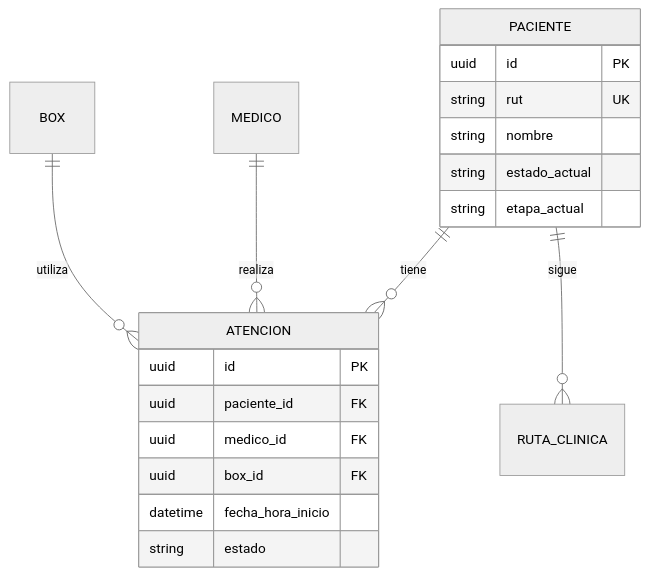
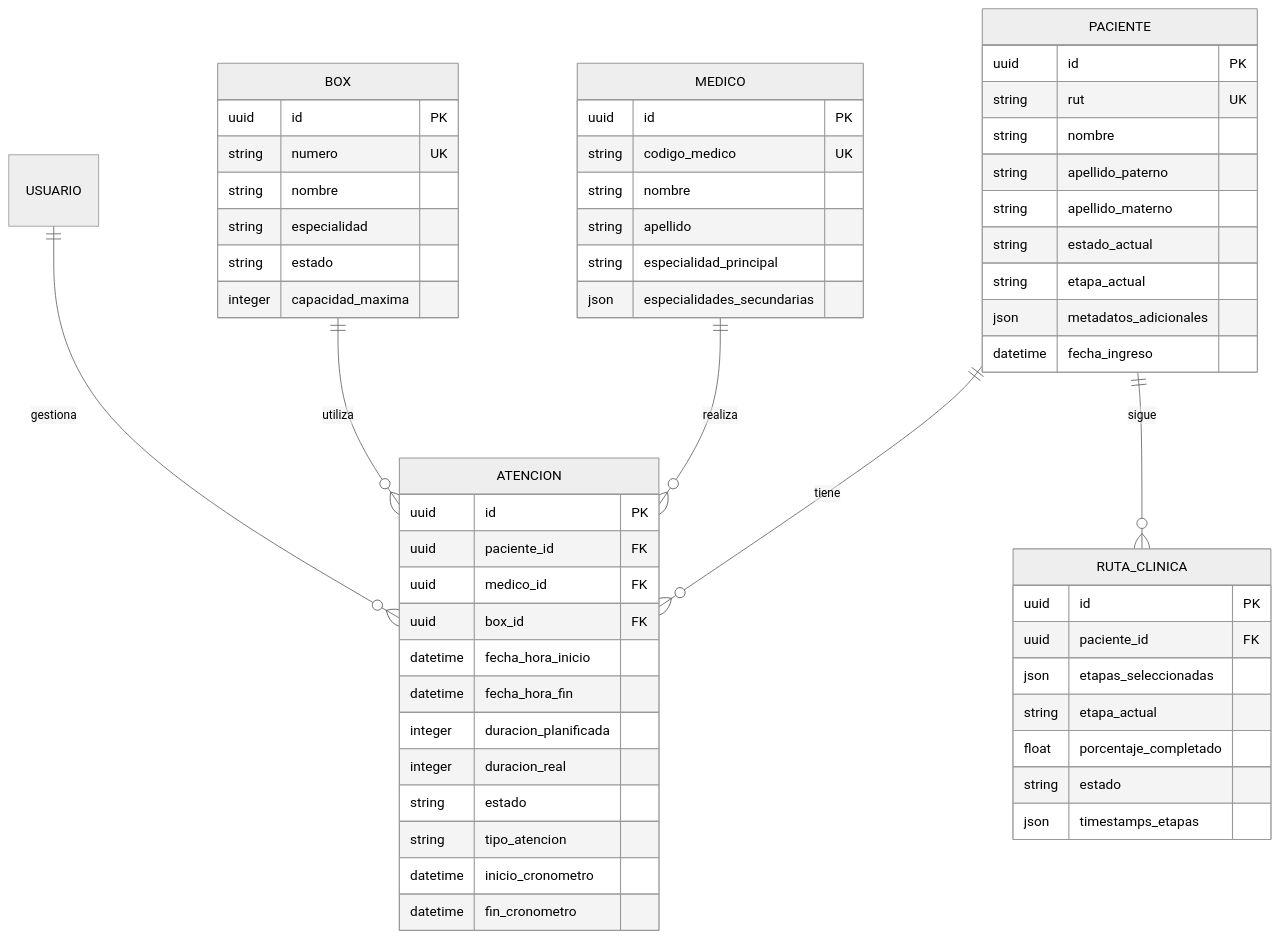
One commit to Rustyy02/Nexalud changed the second of 4 diagrams in docs/ARCHITECTURE.md. Above: the diagram before and after it, drawn with Mermaid (neutral theme).

````diff
--- a/docs/ARCHITECTURE.md
+++ b/docs/ARCHITECTURE.md
@@ -105,24 +105,63 @@
 ```mermaid
 erDiagram
     PACIENTE ||--o{ ATENCION : "tiene"
     PACIENTE ||--o{ RUTA_CLINICA : "sigue"
     MEDICO ||--o{ ATENCION : "realiza"
     BOX ||--o{ ATENCION : "utiliza"
+    USUARIO ||--o{ ATENCION : "gestiona"
     
     PACIENTE {
         uuid id PK
         string rut UK
         string nombre
+        string apellido_paterno
+        string apellido_materno
         string estado_actual
         string etapa_actual
+        json metadatos_adicionales
+        datetime fecha_ingreso
     }
     
     ATENCION {
         uuid id PK
         uuid paciente_id FK
         uuid medico_id FK
         uuid box_id FK
         datetime fecha_hora_inicio
+        datetime fecha_hora_fin
+        integer duracion_planificada
+        integer duracion_real
         string estado
+        string tipo_atencion
+        datetime inicio_cronometro
+        datetime fin_cronometro
+    }
+    
+    RUTA_CLINICA {
+        uuid id PK
+        uuid paciente_id FK
+        json etapas_seleccionadas
+        string etapa_actual
+        float porcentaje_completado
+        string estado
+        json timestamps_etapas
+    }
+    
+    MEDICO {
+        uuid id PK
+        string codigo_medico UK
+        string nombre
+        string apellido
+        string especialidad_principal
+        json especialidades_secundarias
+    }
+    
+    BOX {
+        uuid id PK
+        string numero UK
+        string nombre
+        string especialidad
+        string estado
+        integer capacidad_maxima
     }
 ```
````
